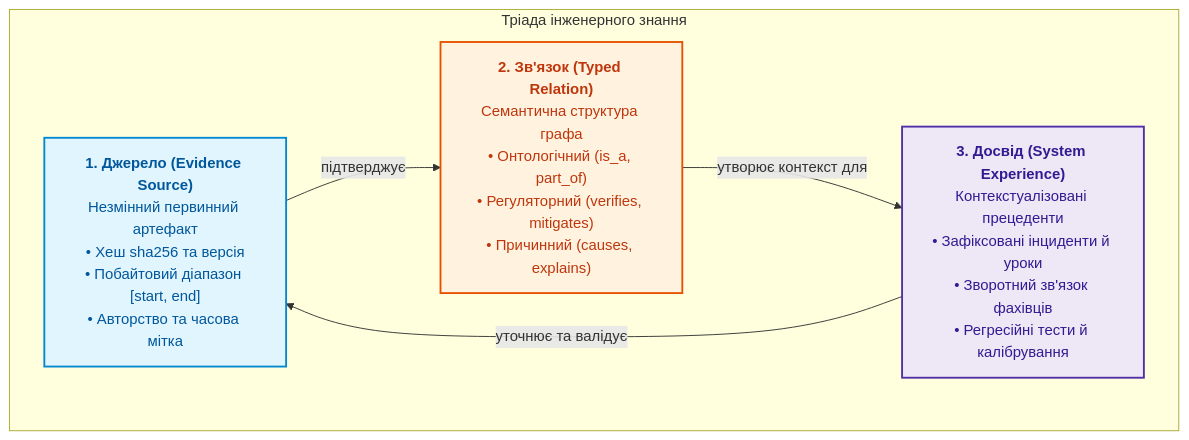
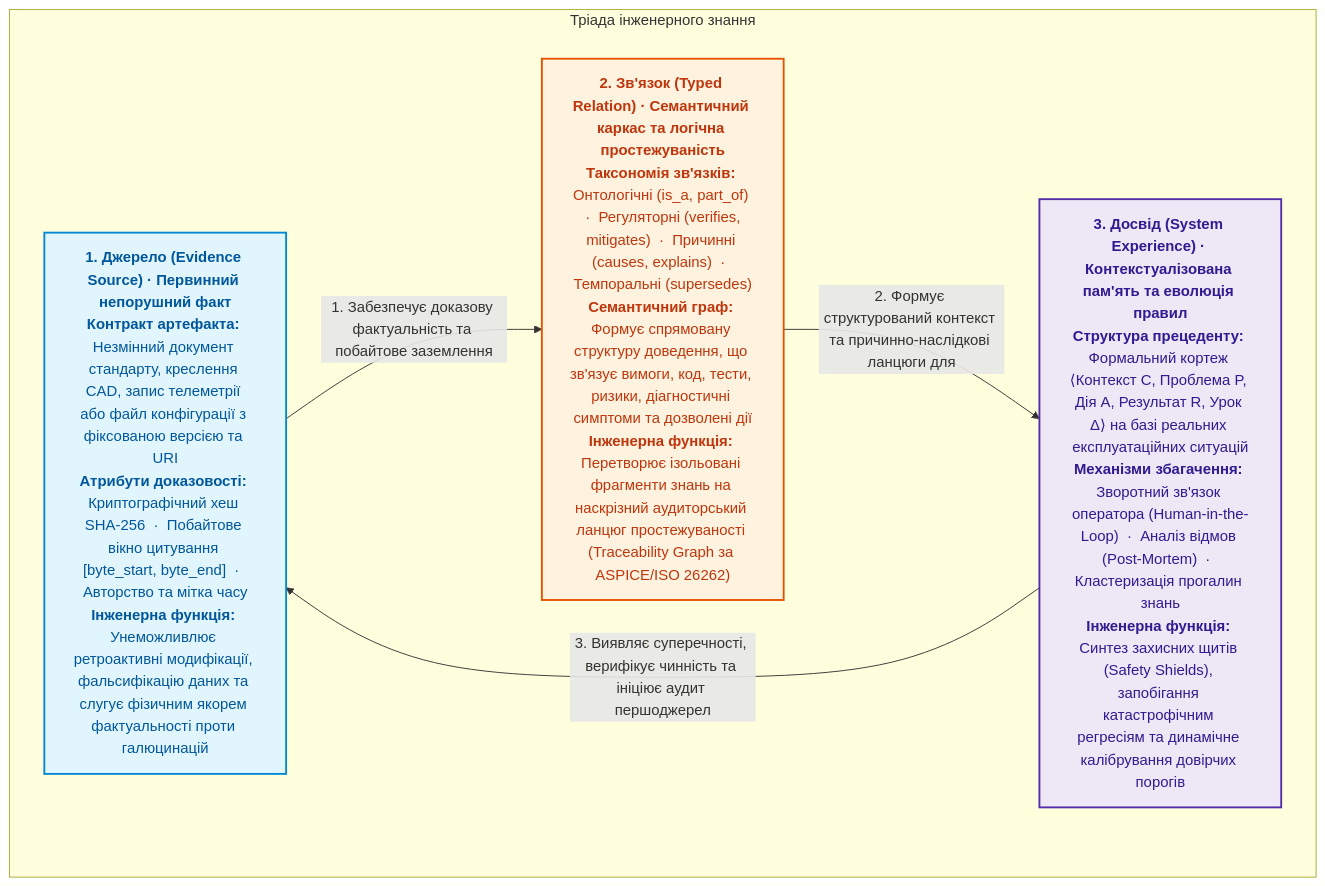
One commit to nick-fedchik/articles changed the fourth of 9 diagrams in ExpertSystem/ch04-evolution-from-bayes-to-evidence-ai.md. Above: the diagram before and after it, drawn with Mermaid.

Commit message:
docs(ch04): widen Triad diagram blocks with detailed contracts and functions

````diff
--- a/ExpertSystem/ch04-evolution-from-bayes-to-evidence-ai.md
+++ b/ExpertSystem/ch04-evolution-from-bayes-to-evidence-ai.md
@@ -598,23 +598,25 @@
 ```mermaid
 flowchart TD
     accTitle: Тріада знань доказової експертної системи
     accDescr: Джерело забезпечує фактологічну основу, зв'язок формує граф міркування, а досвід калібрує правила й запобігає регресіям.
 
     subgraph Triad["Тріада інженерного знання"]
-        SRC["<b>1. Джерело (Evidence Source)</b><br/>Незмінний первинний артефакт<br/>• Хеш sha256 та версія<br/>• Побайтовий діапазон [start, end]<br/>• Авторство та часова мітка"]
-        REL["<b>2. Зв'язок (Typed Relation)</b><br/>Семантична структура графа<br/>• Онтологічний (is_a, part_of)<br/>• Регуляторний (verifies, mitigates)<br/>• Причинний (causes, explains)"]
-        EXP["<b>3. Досвід (System Experience)</b><br/>Контекстуалізовані прецеденти<br/>• Зафіксовані інциденти й уроки<br/>• Зворотний зв'язок фахівців<br/>• Регресійні тести й калібрування"]
+        SRC["<b>1. Джерело (Evidence Source) · Первинний непорушний факт</b><br/><b>Контракт артефакта:</b> Незмінний документ стандарту, креслення CAD, запис телеметрії або файл конфігурації з фіксованою версією та URI<br/><b>Атрибути доказовості:</b> Криптографічний хеш SHA-256 &nbsp;·&nbsp; Побайтове вікно цитування [byte_start, byte_end] &nbsp;·&nbsp; Авторство та мітка часу<br/><b>Інженерна функція:</b> Унеможливлює ретроактивні модифікації, фальсифікацію даних та слугує фізичним якорем фактуальності проти галюцинацій"]
+        
+        REL["<b>2. Зв'язок (Typed Relation) · Семантичний каркас та логічна простежуваність</b><br/><b>Таксономія зв'язків:</b> Онтологічні (is_a, part_of) &nbsp;·&nbsp; Регуляторні (verifies, mitigates) &nbsp;·&nbsp; Причинні (causes, explains) &nbsp;·&nbsp; Темпоральні (supersedes)<br/><b>Семантичний граф:</b> Формує спрямовану структуру доведення, що зв'язує вимоги, код, тести, ризики, діагностичні симптоми та дозволені дії<br/><b>Інженерна функція:</b> Перетворює ізольовані фрагменти знань на наскрізний аудиторський ланцюг простежуваності (Traceability Graph за ASPICE/ISO 26262)"]
+        
+        EXP["<b>3. Досвід (System Experience) · Контекстуалізована пам'ять та еволюція правил</b><br/><b>Структура прецеденту:</b> Формальний кортеж ⟨Контекст C, Проблема P, Дія A, Результат R, Урок Δ⟩ на базі реальних експлуатаційних ситуацій<br/><b>Механізми збагачення:</b> Зворотний зв'язок оператора (Human-in-the-Loop) &nbsp;·&nbsp; Аналіз відмов (Post-Mortem) &nbsp;·&nbsp; Кластеризація прогалин знань<br/><b>Інженерна функція:</b> Синтез захисних щитів (Safety Shields), запобігання катастрофічним регресіям та динамічне калібрування довірчих порогів"]
     end
 
-    SRC -->|підтверджує| REL
-    REL -->|утворює контекст для| EXP
-    EXP -->|уточнює та валідує| SRC
+    SRC -->|1. Забезпечує доказову фактуальність та побайтове заземлення| REL
+    REL -->|2. Формує структурований контекст та причинно-наслідкові ланцюги для| EXP
+    EXP -->|3. Виявляє суперечності, верифікує чинність та ініціює аудит першоджерел| SRC
 
     classDef src fill:#e1f5fe,stroke:#0288d1,stroke-width:2px,color:#01579b;
     classDef rel fill:#fff3e0,stroke:#e65100,stroke-width:2px,color:#bf360c;
     classDef exp fill:#ede7f6,stroke:#512da8,stroke-width:2px,color:#311b92;
 
     class SRC src;
     class REL rel;
     class EXP exp;
 ```
````
